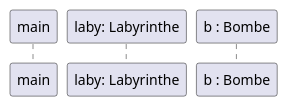
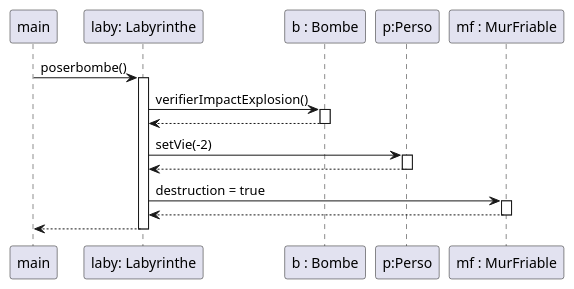
One commit to Jean-BaptisteEvan/2022_Zeldiablo_jeandidi3u_hary16u_jeanbap14u_dirand13u changed the diagram in zeldiablo/documents/version_4/diag_seq_degatbombe.puml. Above: the diagram before and after it, drawn with PlantUML.

Commit message:
diagramme sequence degat bombe

```diff
--- a/zeldiablo/documents/version_4/diag_seq_degatbombe.puml
+++ b/zeldiablo/documents/version_4/diag_seq_degatbombe.puml
@@ -1,6 +1,32 @@
 @startuml
 participant "main" as main
+
+
 participant "laby: Labyrinthe" as laby
-participant "b : Bombe" as bombe
+participant "b : Bombe" as b
+participant "p:Perso" as p
+participant "mf : MurFriable" as mf
+
+main ->laby:poserbombe()
+activate laby
+laby->b : verifierImpactExplosion()
+activate b
+
+b-->laby
+deactivate b
+laby-> p : setVie(-2)
+activate p
+p-->laby
+deactivate p
+
+
+laby -> mf : destruction = true
+activate mf
+mf-->laby
+deactivate mf
+laby-->main
+deactivate laby
+
+
 
 @enduml
```
